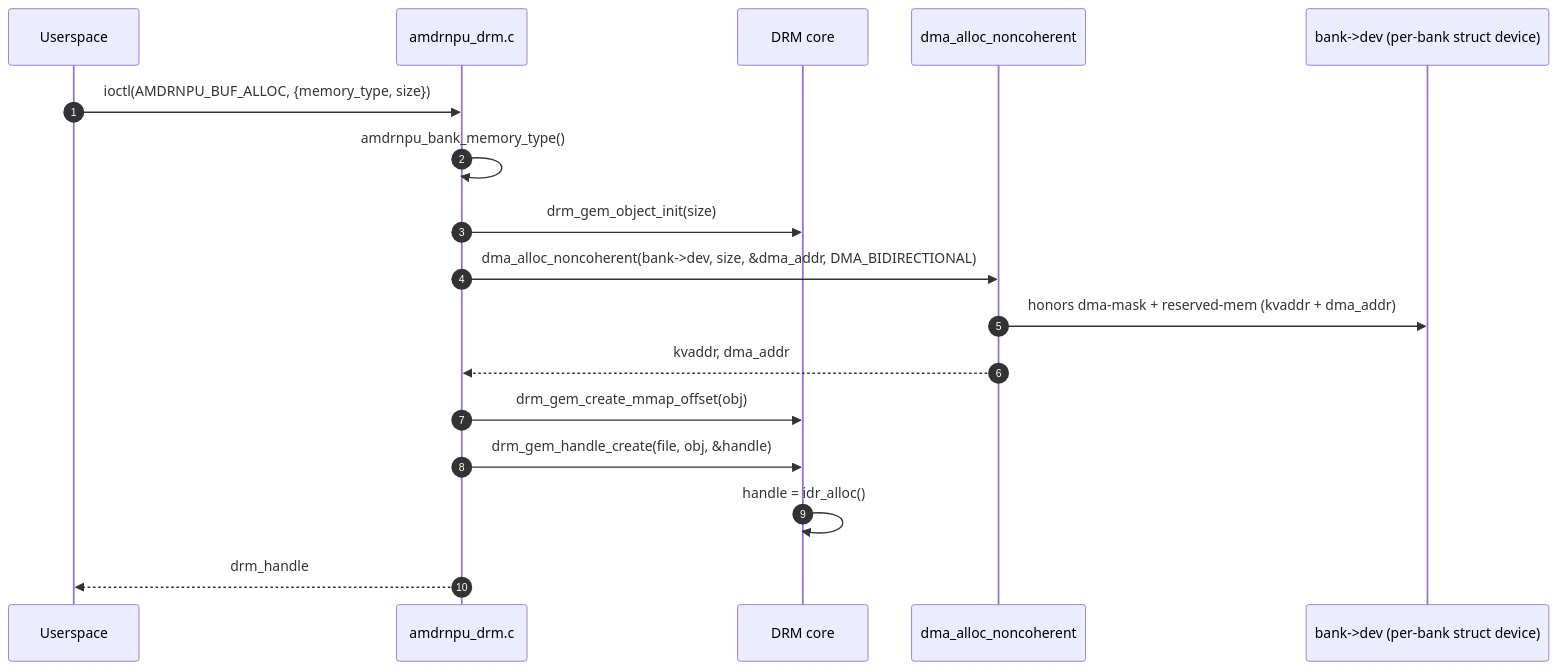
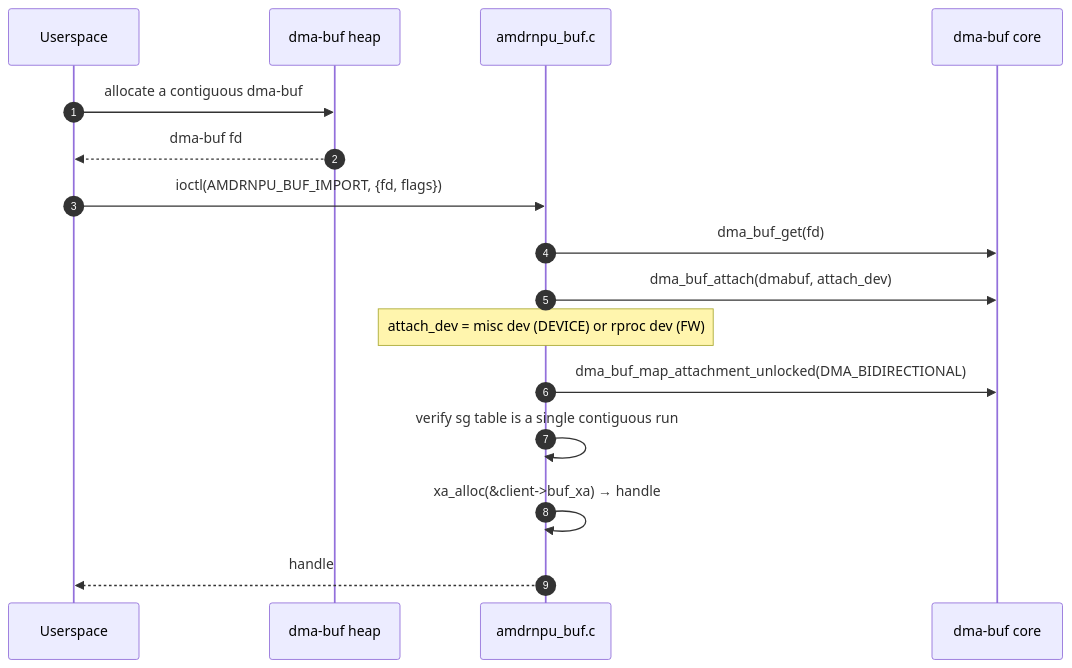
One commit to Xilinx/amdrnpu changed the third of 4 diagrams in docs/buffer-management.md. Above: the diagram before and after it, drawn with Mermaid. The commit also changed other lines of this file and 11 other files, not shown here.

````diff
--- a/docs/buffer-management.md
+++ b/docs/buffer-management.md
@@ -83,20 +81,19 @@
 ```mermaid
 sequenceDiagram
     autonumber
     participant U as Userspace
-    participant K as amdrnpu_drm.c
-    participant CORE as DRM core
-    participant DMA as dma_alloc_noncoherent
-    participant BANK as bank->dev (per-bank struct device)
+    participant HEAP as dma-buf heap
+    participant K as amdrnpu_buf.c
+    participant DMABUF as dma-buf core
 
-    U->>K: ioctl(AMDRNPU_BUF_ALLOC, {memory_type, size})
-    K->>K: amdrnpu_bank_memory_type()
-    K->>CORE: drm_gem_object_init(size)
-    K->>DMA: dma_alloc_noncoherent(bank->dev, size, &dma_addr, DMA_BIDIRECTIONAL)
-    DMA->>BANK: honors dma-mask + reserved-mem (kvaddr + dma_addr)
-    DMA-->>K: kvaddr, dma_addr
-    K->>CORE: drm_gem_create_mmap_offset(obj)
-    K->>CORE: drm_gem_handle_create(file, obj, &handle)
-    CORE->>CORE: handle = idr_alloc()
-    K-->>U: drm_handle
+    U->>HEAP: allocate a contiguous dma-buf
+    HEAP-->>U: dma-buf fd
+    U->>K: ioctl(AMDRNPU_BUF_IMPORT, {fd, flags})
+    K->>DMABUF: dma_buf_get(fd)
+    K->>DMABUF: dma_buf_attach(dmabuf, attach_dev)
+    Note over K: attach_dev = misc dev (DEVICE) or rproc dev (FW)
+    K->>DMABUF: dma_buf_map_attachment_unlocked(DMA_BIDIRECTIONAL)
+    K->>K: verify sg table is a single contiguous run
+    K->>K: xa_alloc(&client->buf_xa) → handle
+    K-->>U: handle
 ```
````
